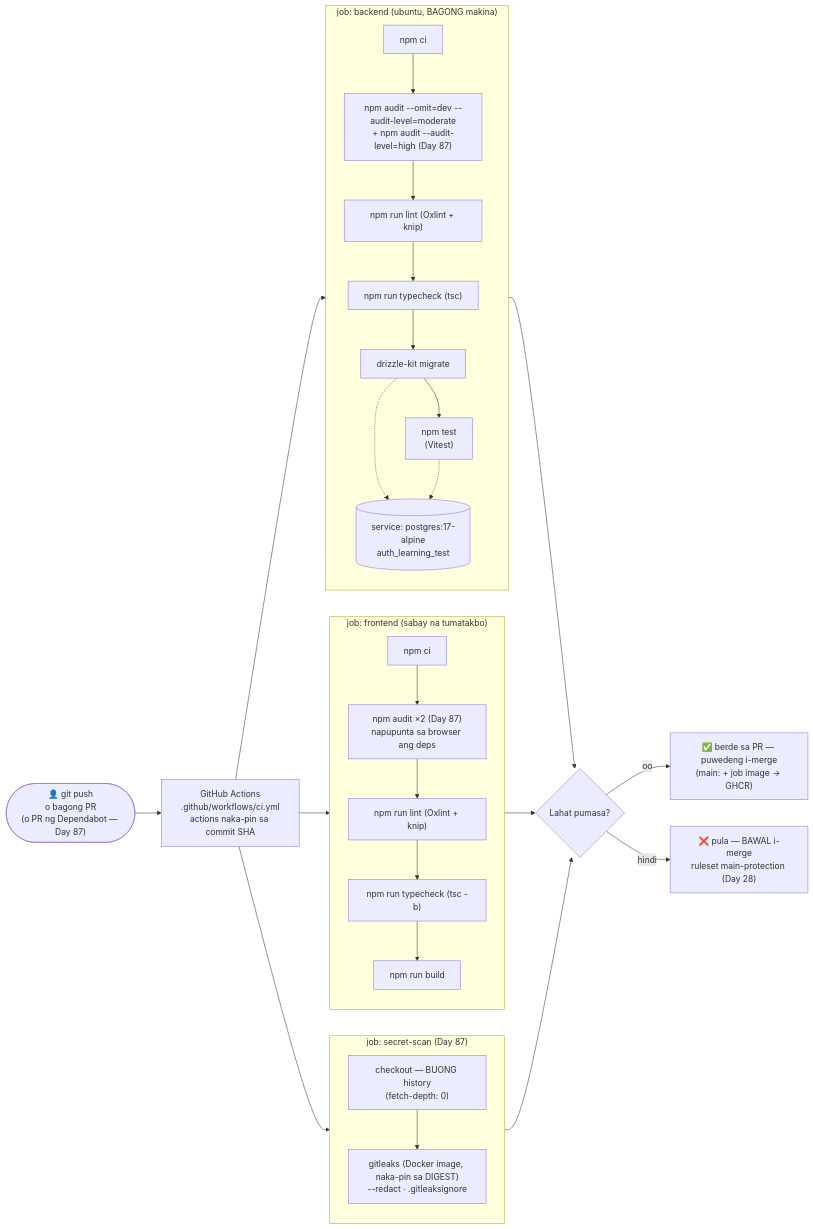
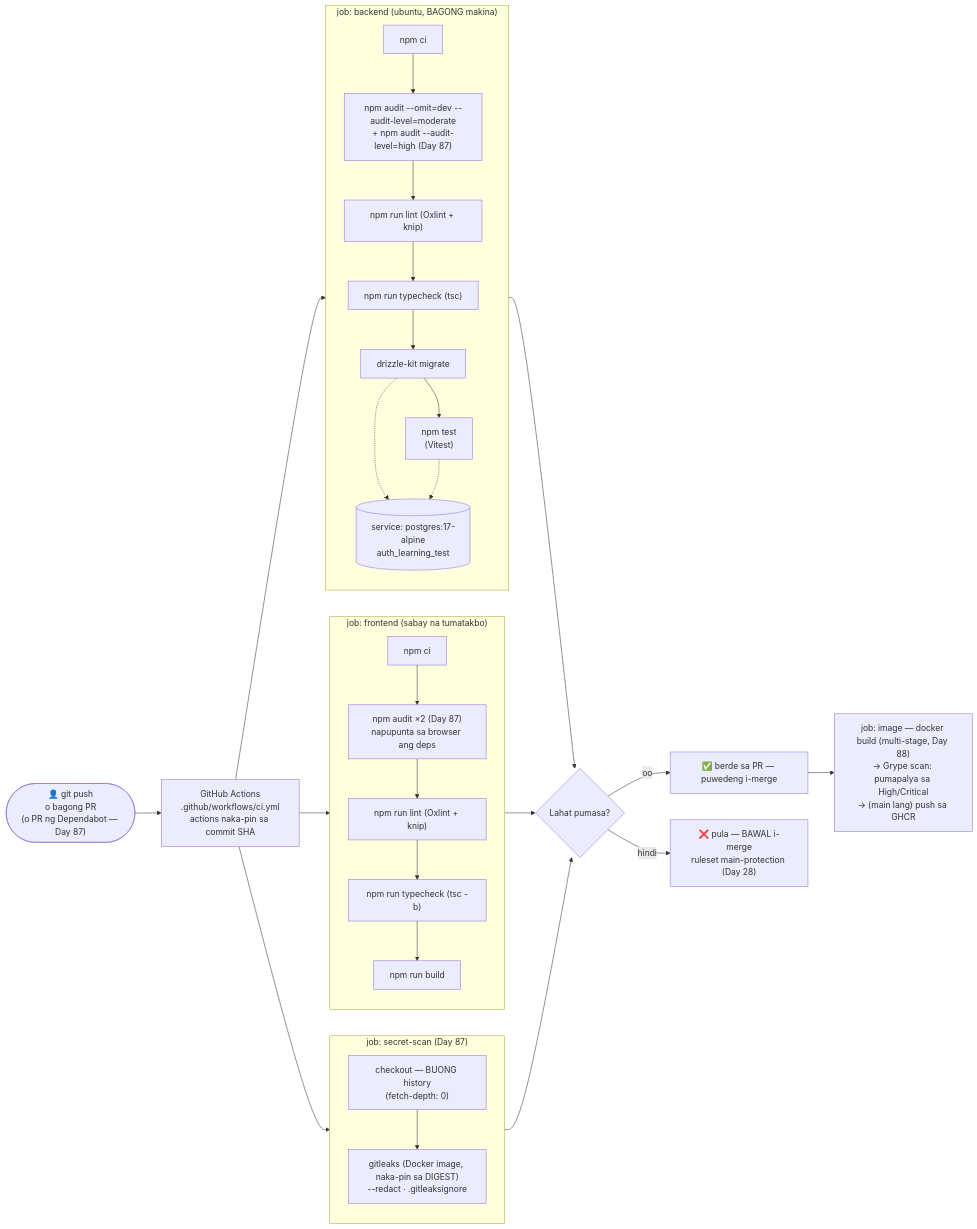
Before and after one commit to nelson1869-ai/auth-learning: the diagram in docs/diagrams/08-ci-pipeline.md, drawn with Mermaid. The commit also changed other lines of this file and 8 other files, not shown here.

First line of the commit message:
docs: Day 88 container scanning — D-030, .http 32, CI diagram, journal

````diff
--- a/docs/diagrams/08-ci-pipeline.md
+++ b/docs/diagrams/08-ci-pipeline.md
@@ -9,27 +9,28 @@
 ```mermaid
 flowchart LR
     Dev(["👤 git push<br/>o bagong PR<br/>(o PR ng Dependabot — Day 87)"]) --> GH["GitHub Actions<br/>.github/workflows/ci.yml<br/>actions naka-pin sa commit SHA"]
     GH --> BE
     GH --> FE
     GH --> SS
     subgraph BE["job: backend (ubuntu, BAGONG makina)"]
         direction TB
         PG[("service: postgres:17-alpine<br/>auth_learning_test")]
         B1["npm ci"] --> B2["npm audit --omit=dev --audit-level=moderate<br/>+ npm audit --audit-level=high (Day 87)"] --> B3["npm run lint (Oxlint + knip)"] --> B3b["npm run typecheck (tsc)"] --> B4["drizzle-kit migrate"] --> B5["npm test<br/>(Vitest)"]
         B4 -.-> PG
         B5 -.-> PG
     end
     subgraph FE["job: frontend (sabay na tumatakbo)"]
         direction TB
         F1["npm ci"] --> F1b["npm audit ×2 (Day 87)<br/>napupunta sa browser ang deps"] --> F2["npm run lint (Oxlint + knip)"] --> F2b["npm run typecheck (tsc -b)"] --> F3["npm run build"]
     end
     subgraph SS["job: secret-scan (Day 87)"]
         direction TB
         S1["checkout — BUONG history<br/>(fetch-depth: 0)"] --> S2["gitleaks (Docker image, naka-pin sa DIGEST)<br/>--redact · .gitleaksignore"]
     end
     BE --> R{"Lahat pumasa?"}
     FE --> R
     SS --> R
-    R -->|"oo"| OK["✅ berde sa PR — puwedeng i-merge<br/>(main: + job image → GHCR)"]
+    R -->|"oo"| OK["✅ berde sa PR — puwedeng i-merge"]
+    OK --> IMG["job: image — docker build (multi-stage, Day 88)<br/>→ Grype scan: pumapalya sa High/Critical<br/>→ (main lang) push sa GHCR"]
     R -->|"hindi"| NO["❌ pula — BAWAL i-merge<br/>ruleset main-protection (Day 28)"]
 ```
````
